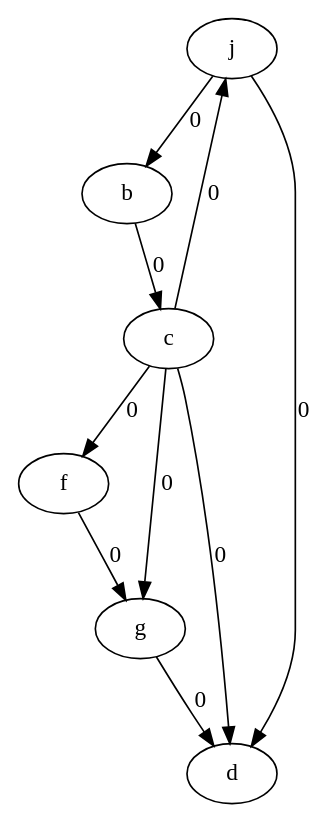
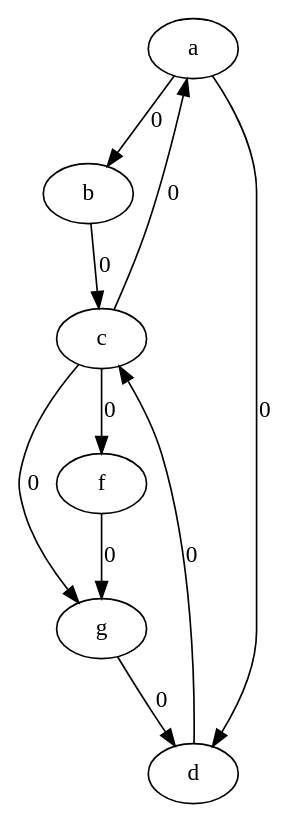
Before and after one commit to nicofiorini98/data_structure: the diagram in output_test/edge.dot, drawn with Graphviz. The commit also changed 10 other files, not shown here.

Commit message:
searches added GraphEdgeList

```diff
--- a/output_test/edge.dot
+++ b/output_test/edge.dot
@@ -1,11 +1,11 @@
 digraph G {
-j -> b [label="0"]
-j -> d [label="0"]
+a -> b [label="0"]
+a -> d [label="0"]
 b -> c [label="0"]
-c -> j [label="0"]
-c -> d [label="0"]
+c -> g [label="0"]
 c -> f [label="0"]
-c -> g [label="0"]
+c -> a [label="0"]
+d -> c [label="0"]
 f -> g [label="0"]
 g -> d [label="0"]
 }
```
